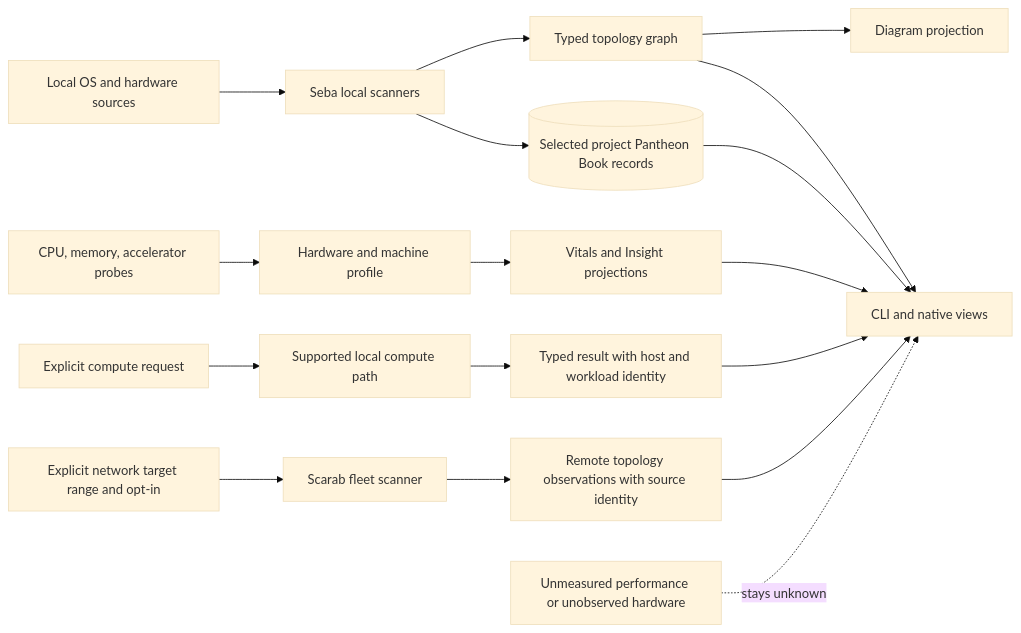
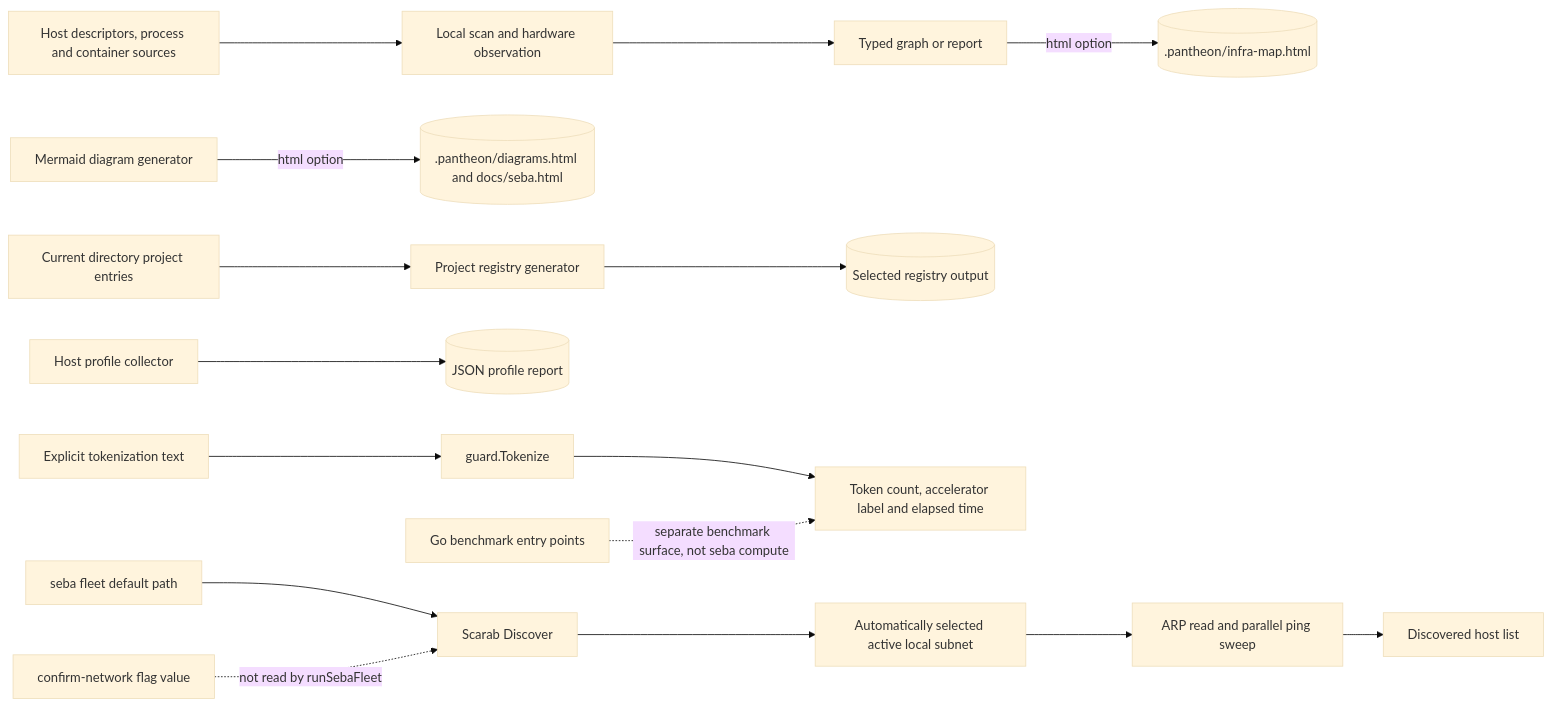
Before and after one commit to SirsiMaster/sirsi-pantheon: diagram 27 of 45 in docs/stacklab/pantheon-pt/canon/DIAGRAMS_PRODUCT_OPERATIONS.md, drawn with Mermaid (base theme). The commit also changed other lines of this file and 2 other files, not shown here.

Commit message:
docs(stacklab): align workflow diagrams with actual effects and recovery

````diff
--- a/docs/stacklab/pantheon-pt/canon/DIAGRAMS_PRODUCT_OPERATIONS.md
+++ b/docs/stacklab/pantheon-pt/canon/DIAGRAMS_PRODUCT_OPERATIONS.md
@@ -706,19 +763,18 @@
 ```mermaid
 flowchart LR
-  HOST[Local OS and hardware sources] --> SCAN[Seba local scanners]
-  SCAN --> GRAPH[Typed topology graph]
-  GRAPH --> DIAG[Diagram projection]
-  SCAN --> BOOK[(Selected project Pantheon Book records)]
-  HW[CPU, memory, accelerator probes] --> PROFILE[Hardware and machine profile]
-  PROFILE --> VITALS[Vitals and Insight projections]
-  REQUEST[Explicit compute request] --> COMPUTE[Supported local compute path]
-  COMPUTE --> RESULT[Typed result with host and workload identity]
-  TARGETS[Explicit network target range and opt-in] --> FLEET[Scarab fleet scanner]
-  FLEET --> REMOTE[Remote topology observations with source identity]
-  GRAPH --> OUTPUT[CLI and native views]
-  BOOK --> OUTPUT
-  VITALS --> OUTPUT
-  RESULT --> OUTPUT
-  REMOTE --> OUTPUT
-  CLAIM[Unmeasured performance or unobserved hardware] -. stays unknown .-> OUTPUT
+  HOST[Host descriptors, process and container sources] --> OBS[Local scan and hardware observation]
+  OBS --> GRAPH[Typed graph or report]
+  GRAPH -->|html option| FILE1[(.pantheon/infra-map.html)]
+  DIAG[Mermaid diagram generator] -->|html option| FILE2[(.pantheon/diagrams.html and docs/seba.html)]
+  CWD[Current directory project entries] --> BOOK[Project registry generator]
+  BOOK --> FILE3[(Selected registry output)]
+  PROFILE[Host profile collector] --> FILE4[(JSON profile report)]
+  TEXT[Explicit tokenization text] --> COMPUTE[guard.Tokenize]
+  COMPUTE --> RESULT[Token count, accelerator label and elapsed time]
+  FLEET[seba fleet default path] --> DISCOVER[Scarab Discover]
+  DISCOVER --> SUBNET[Automatically selected active local subnet]
+  SUBNET --> PING[ARP read and parallel ping sweep]
+  FLEETFLAG[confirm-network flag value] -. not read by runSebaFleet .-> DISCOVER
+  PING --> HOSTS[Discovered host list]
+  BENCH[Go benchmark entry points] -. separate benchmark surface, not seba compute .-> RESULT
 ```
````
